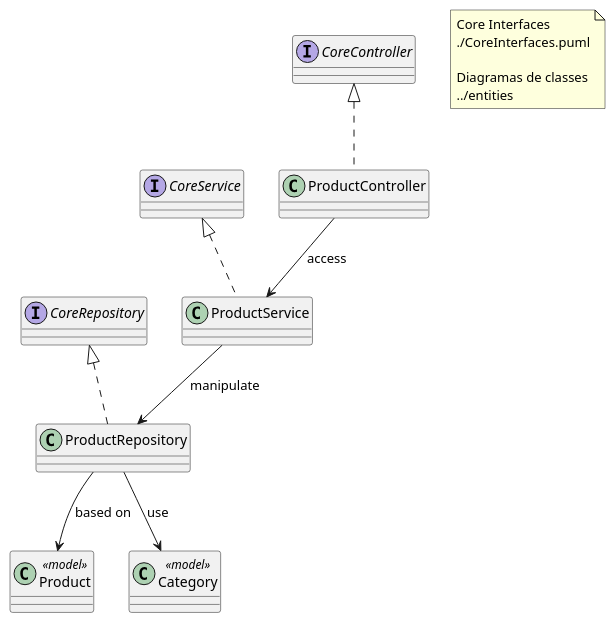
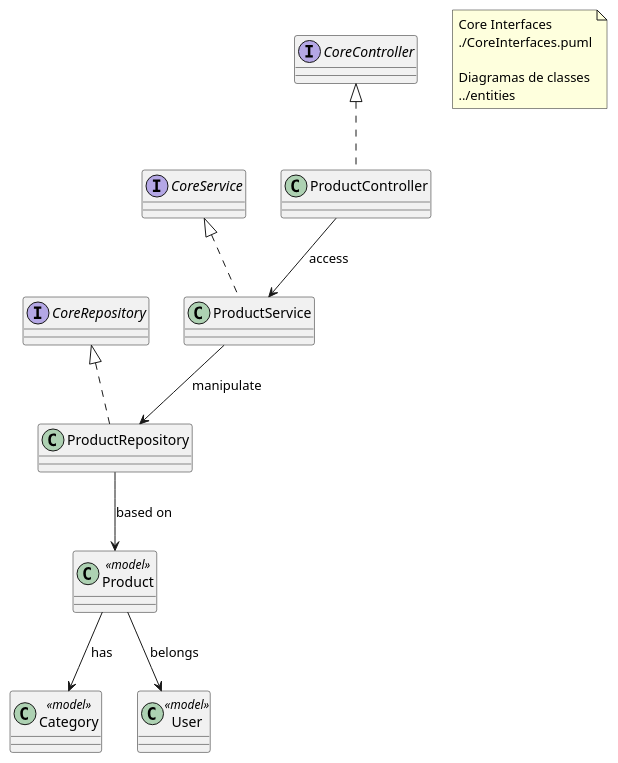
The diagram in docs/diagrams/APIServer/ProductLayers.puml (bruflor/comercio-vizinho), drawn with PlantUML before and after one commit. The commit also changed 5 other files, not shown here.

Commit message:
Updating previous diagrams to have cart relations

```diff
--- a/docs/diagrams/APIServer/ProductLayers.puml
+++ b/docs/diagrams/APIServer/ProductLayers.puml
@@ -1,24 +1,26 @@
 @startuml
 
 class ProductController implements CoreController {}
 class ProductService implements CoreService {}
 class ProductRepository implements CoreRepository {}
 
 class Product <<model>> {}
 class Category <<model>> {}
+class User <<model>> {}
 
 ' Relationships
 ProductController --> ProductService : access
 ProductService --> ProductRepository : manipulate
 ProductRepository --> Product : based on
-ProductRepository --> Category : use
+Product --> Category : has
+Product --> User: belongs
 
 note as N1
 Core Interfaces
 ./CoreInterfaces.puml
 
 Diagramas de classes
 ../entities
 end note
 
 @enduml
```
